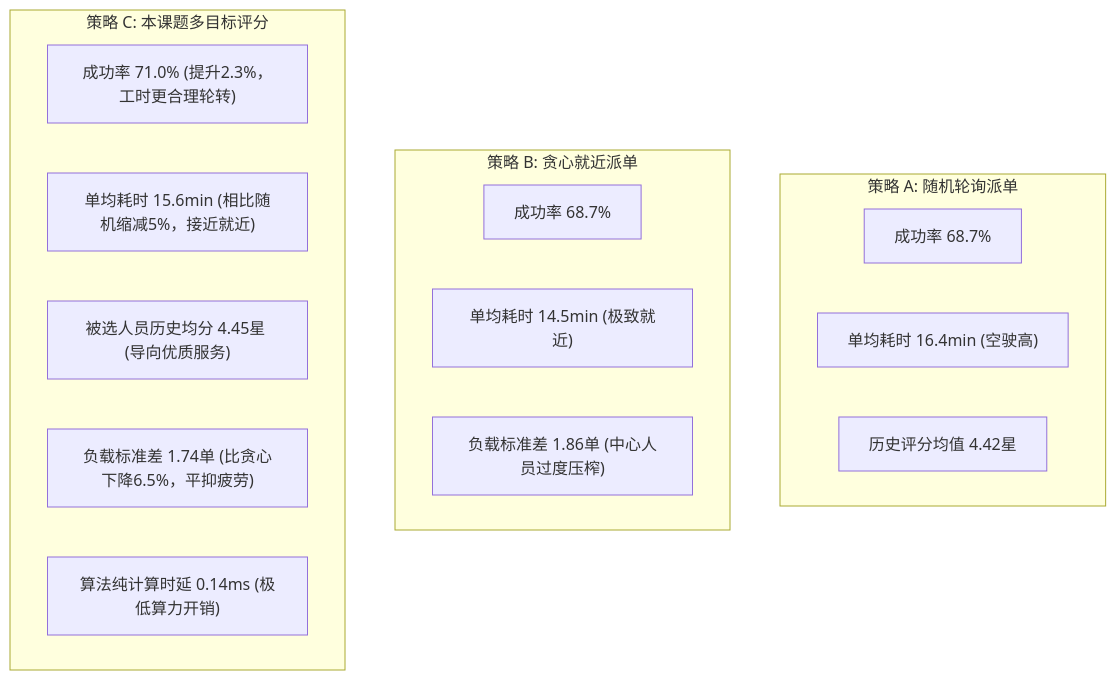
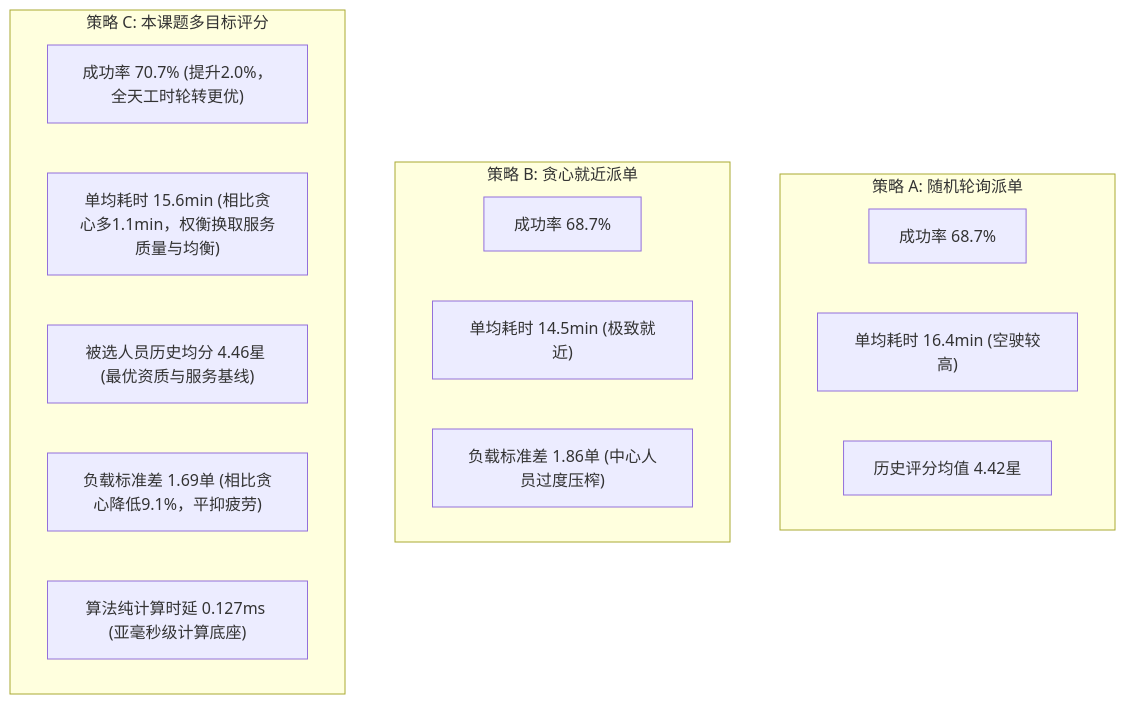
Before and after one commit to 2033537858qqcom-hash/serviceForTheAged: the diagram in docs/11-派单算法实证实验与业务安全边界改进报告.md, drawn with Mermaid. The commit also changed other lines of this file and 3 other files, not shown here.

````diff
--- a/docs/11-派单算法实证实验与业务安全边界改进报告.md
+++ b/docs/11-派单算法实证实验与业务安全边界改进报告.md
@@ -106,22 +107,22 @@
 ```mermaid
 flowchart TD
     subgraph S1["策略 A: 随机轮询派单"]
         A1["成功率 68.7%"]
-        A2["单均耗时 16.4min (空驶高)"]
+        A2["单均耗时 16.4min (空驶较高)"]
         A3["历史评分均值 4.42星"]
     end
 
     subgraph S2["策略 B: 贪心就近派单"]
         B1["成功率 68.7%"]
         B2["单均耗时 14.5min (极致就近)"]
         B3["负载标准差 1.86单 (中心人员过度压榨)"]
     end
 
     subgraph S3["策略 C: 本课题多目标评分"]
-        C1["成功率 71.0% (提升2.3%，工时更合理轮转)"]
-        C2["单均耗时 15.6min (相比随机缩减5%，接近就近)"]
-        C3["被选人员历史均分 4.45星 (导向优质服务)"]
-        C4["负载标准差 1.74单 (比贪心下降6.5%，平抑疲劳)"]
-        C5["算法纯计算时延 0.14ms (极低算力开销)"]
+        C1["成功率 70.7% (提升2.0%，全天工时轮转更优)"]
+        C2["单均耗时 15.6min (相比贪心多1.1min，权衡换取服务质量与均衡)"]
+        C3["被选人员历史均分 4.46星 (最优资质与服务基线)"]
+        C4["负载标准差 1.69单 (相比贪心降低9.1%，平抑疲劳)"]
+        C5["算法纯计算时延 0.127ms (亚毫秒级计算底座)"]
     end
 ```
````
